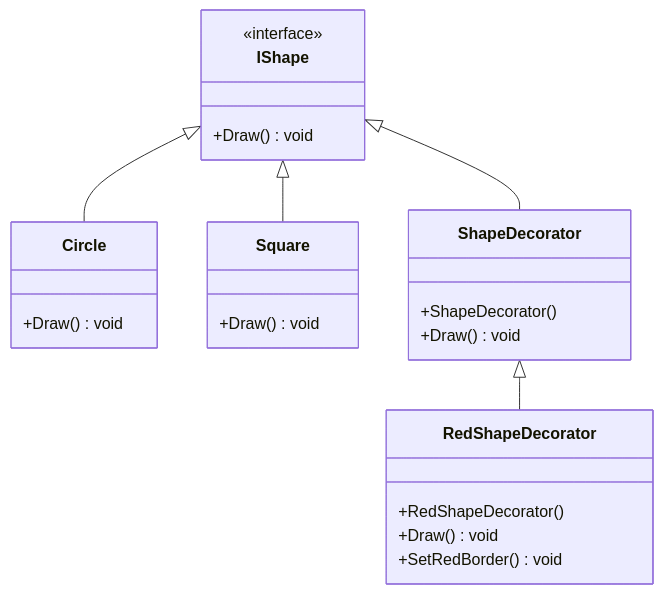
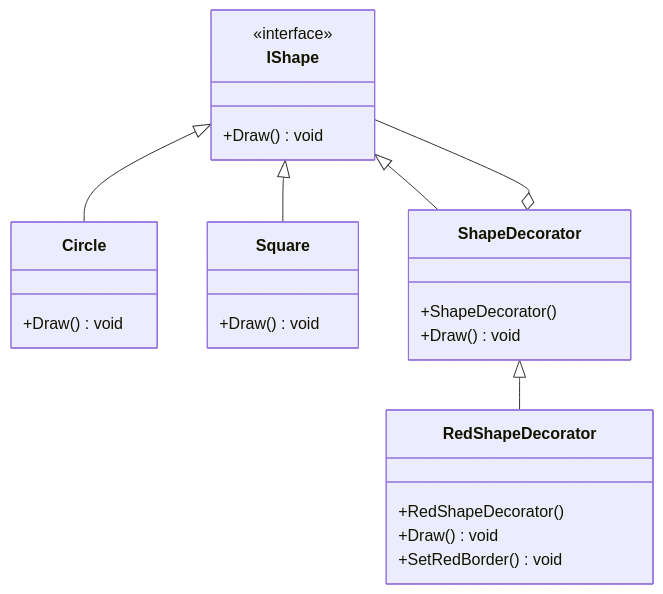
One commit to ZezethuM/mermaidUmls changed the diagram in Decorator.md. Above: the diagram before and after it, drawn with Mermaid. The commit also changed 1 other file, not shown here.

Commit message:
edited decorator

````diff
--- a/Decorator.md
+++ b/Decorator.md
@@ -1,23 +1,24 @@
 ```mermaid
 
 	classDiagram
-    
+	
 	class IShape
 	<<interface>> IShape
 	IShape : +Draw() void
 	
 	IShape <|-- Circle : 
+	
 	Circle : +Draw() void
 	
 	IShape <|-- Square : 
 	Square : +Draw() void
-	
+	ShapeDecorator  o--  IShape : 
 	IShape <|-- ShapeDecorator : 
 	ShapeDecorator : +ShapeDecorator()
 	ShapeDecorator : +Draw() void
 	
 	ShapeDecorator <|-- RedShapeDecorator
 		RedShapeDecorator : +RedShapeDecorator()
 	RedShapeDecorator : +Draw() void
 	RedShapeDecorator : +SetRedBorder() void
 ```
````
